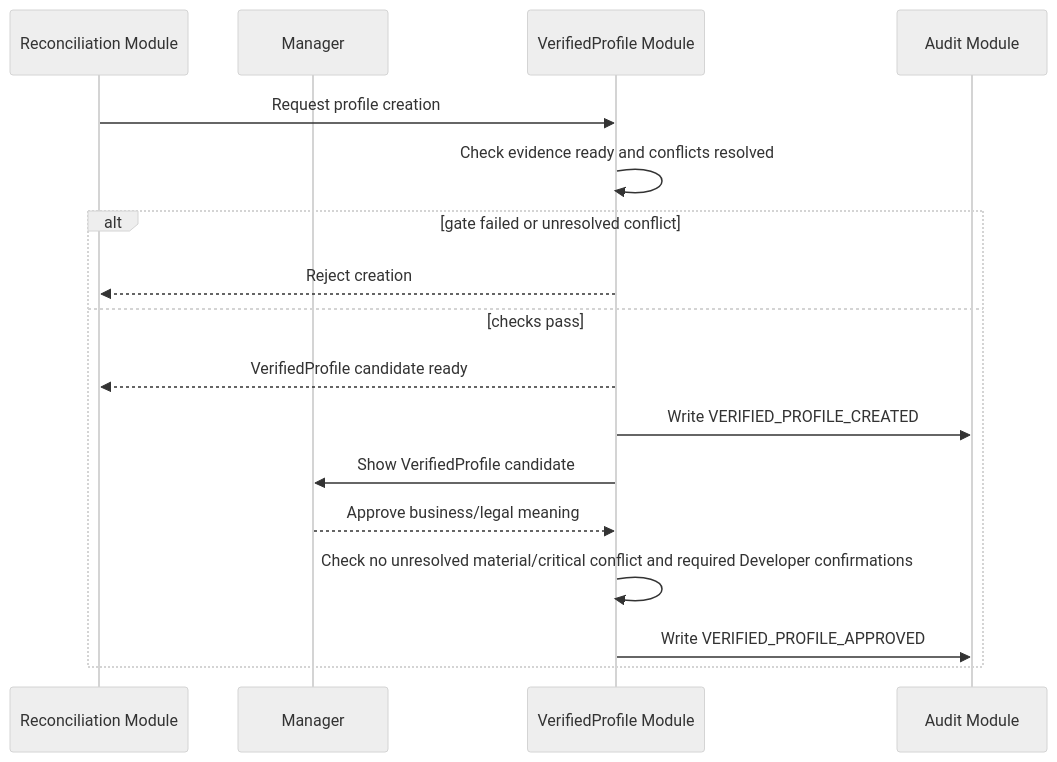
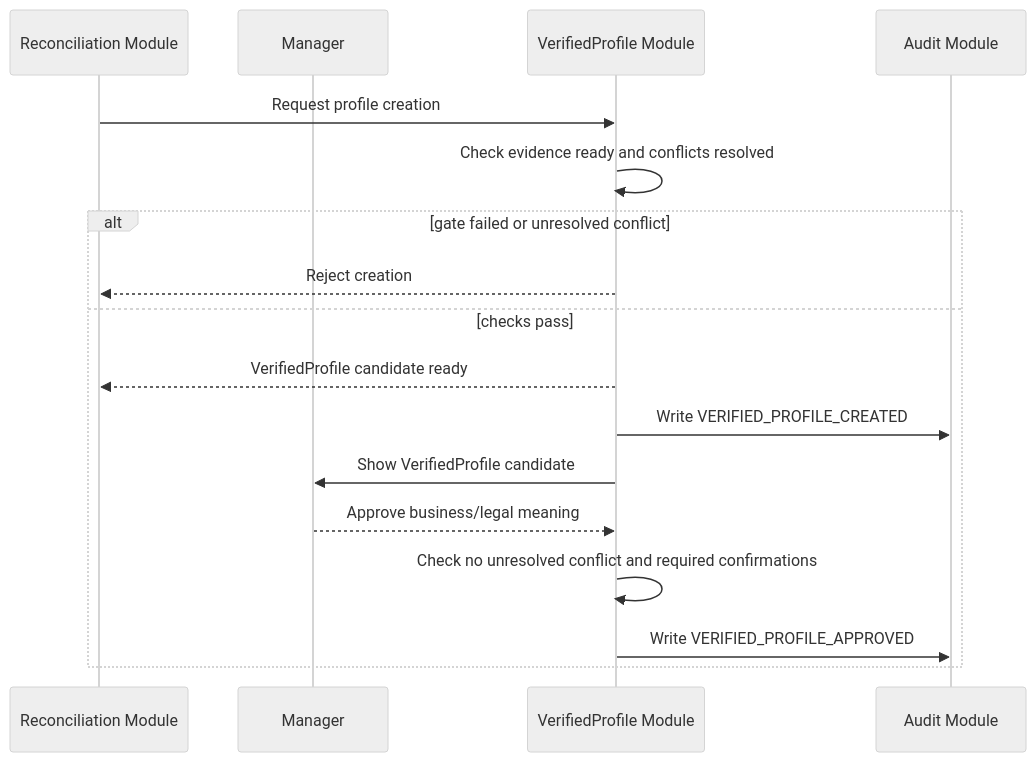
Before and after one commit to khovan123/LCSP: diagram 15 of 18 in docs/design/sequence-diagrams.md, drawn with Mermaid (neutral theme). The commit also changed other lines of this file and 122 other files, not shown here.

````diff
--- a/docs/design/sequence-diagrams.md
+++ b/docs/design/sequence-diagrams.md
@@ -326,19 +436,19 @@
 ```mermaid
 sequenceDiagram
   participant R as Reconciliation Module
   participant M as Manager
   participant V as VerifiedProfile Module
   participant Audit as Audit Module
   R->>V: Request profile creation
   V->>V: Check evidence ready and conflicts resolved
   alt gate failed or unresolved conflict
     V-->>R: Reject creation
   else checks pass
     V-->>R: VerifiedProfile candidate ready
     V->>Audit: Write VERIFIED_PROFILE_CREATED
     V->>M: Show VerifiedProfile candidate
     M-->>V: Approve business/legal meaning
-    V->>V: Check no unresolved material/critical conflict and required Developer confirmations
+    V->>V: Check no unresolved conflict and required confirmations
     V->>Audit: Write VERIFIED_PROFILE_APPROVED
   end
 ```
````
